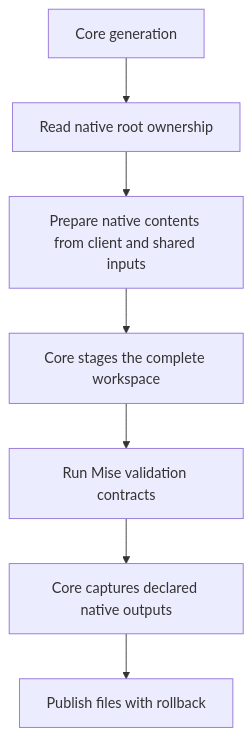
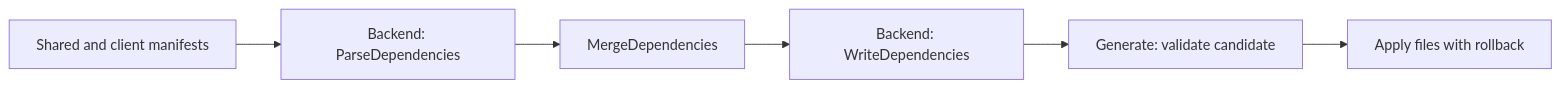
The second of 4 diagrams in docs/modules/package-manager.md (cloudvoyant/premise), drawn with Mermaid before and after one commit. The commit also changed other lines of this file and 18 other files, not shown here.

Commit message:
refactor(backends): unify provider and merge contracts

````diff
--- a/docs/modules/package-manager.md
+++ b/docs/modules/package-manager.md
@@ -79,9 +39,8 @@
 ```mermaid
-flowchart TD
-    Core["Core generation"] --> Claims["Read native root ownership"]
-    Claims --> Provider["Prepare native contents from client and shared inputs"]
-    Provider --> Stage["Core stages the complete workspace"]
-    Stage --> Tasks["Run Mise validation contracts"]
-    Tasks --> Capture["Core captures declared native outputs"]
-    Capture --> Apply["Publish files with rollback"]
+flowchart LR
+    Inputs["Shared and client manifests"] --> Parse["Backend: ParseDependencies"]
+    Parse --> Dependencies["MergeDependencies"]
+    Dependencies --> Write["Backend: WriteDependencies"]
+    Write --> Candidate["Generate: validate candidate"]
+    Candidate --> Apply["Apply files with rollback"]
 ```
````
